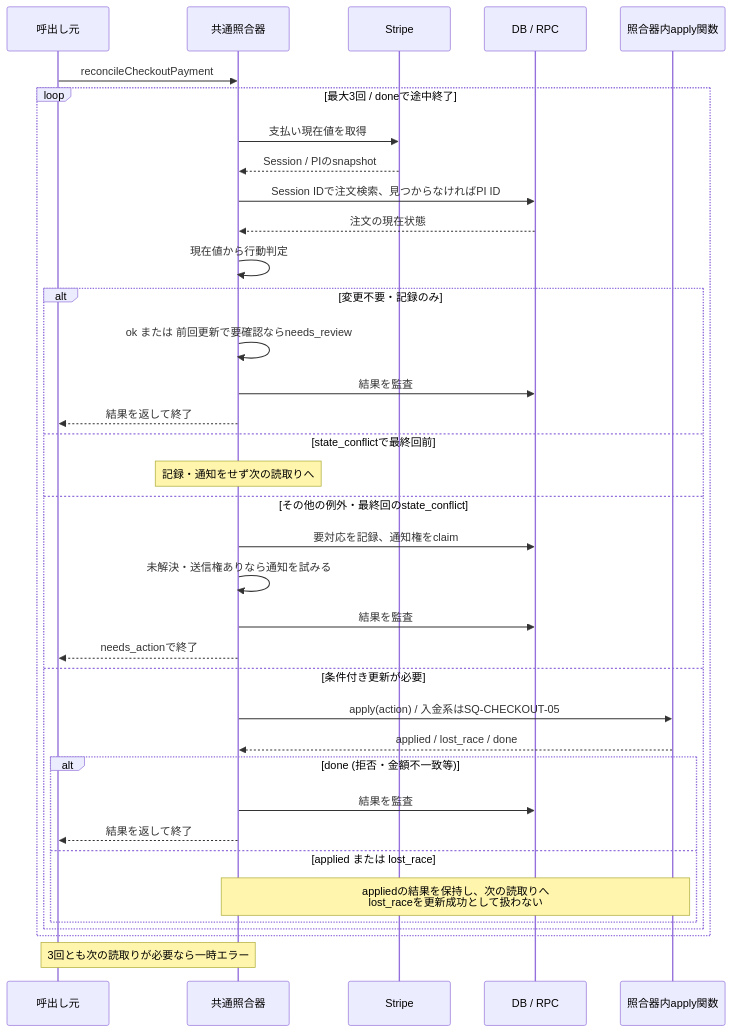
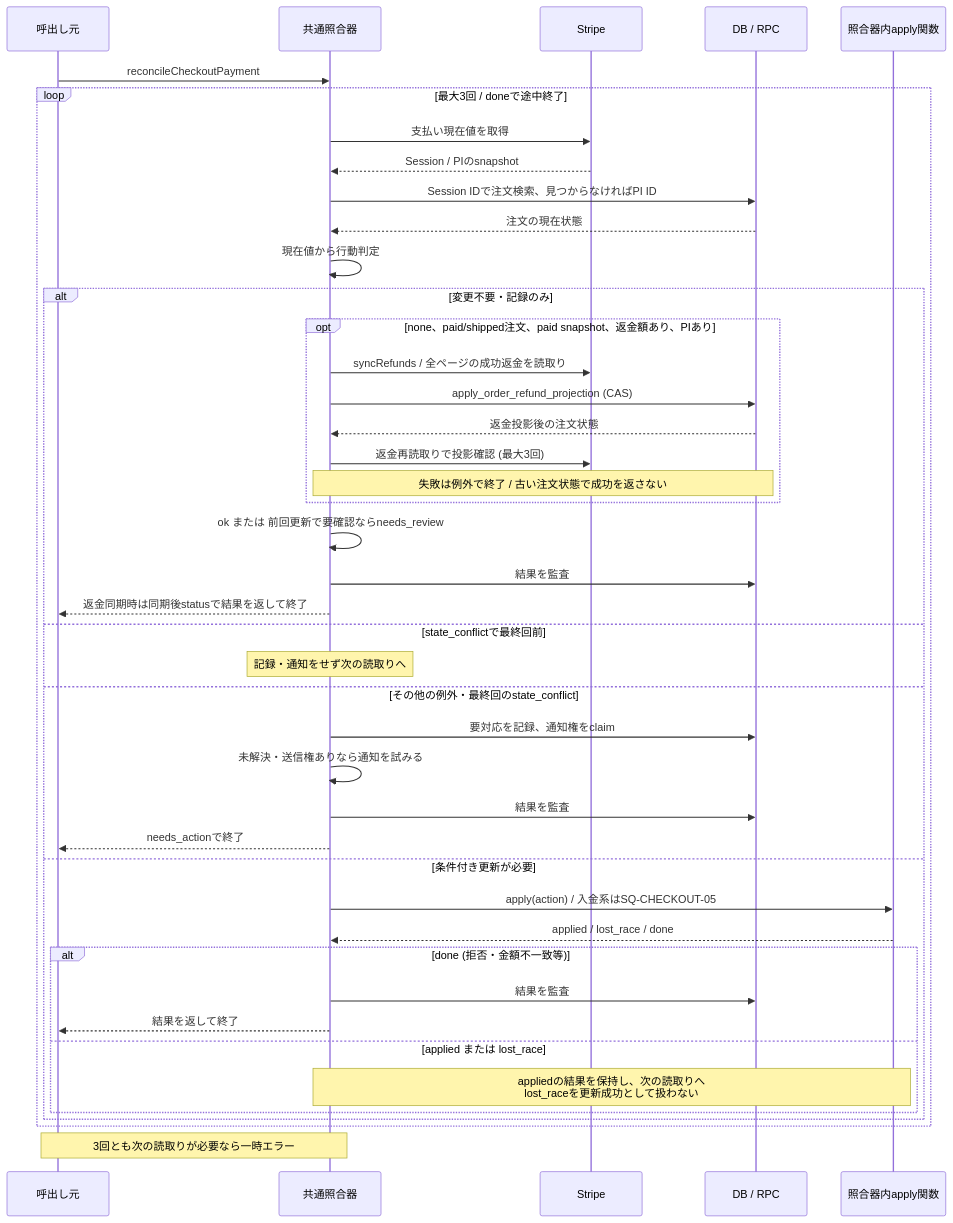
One commit to ChocoWork/o_official changed the fourth of 5 diagrams in docs/04_DetailDesign/sequence/checkout-payment.md. Above: the diagram before and after it, drawn with Mermaid. The commit also changed other lines of this file and 19 other files, not shown here.

````diff
--- a/docs/04_DetailDesign/sequence/checkout-payment.md
+++ b/docs/04_DetailDesign/sequence/checkout-payment.md
@@ -180,38 +180,45 @@
 ```mermaid
 sequenceDiagram
     participant Caller as 呼出し元
     participant C as 共通照合器
     participant Stripe as Stripe
     participant DB as DB / RPC
     participant Apply as 照合器内apply関数
     Caller->>C: reconcileCheckoutPayment
     loop 最大3回 / doneで途中終了
         C->>Stripe: 支払い現在値を取得
         Stripe-->>C: Session / PIのsnapshot
         C->>DB: Session IDで注文検索、見つからなければPI ID
         DB-->>C: 注文の現在状態
         C->>C: 現在値から行動判定
         alt 変更不要・記録のみ
+            opt none、paid/shipped注文、paid snapshot、返金額あり、PIあり
+                C->>Stripe: syncRefunds / 全ページの成功返金を読取り
+                C->>DB: apply_order_refund_projection (CAS)
+                DB-->>C: 返金投影後の注文状態
+                C->>Stripe: 返金再読取りで投影確認 (最大3回)
+                Note over C,DB: 失敗は例外で終了 / 古い注文状態で成功を返さない
+            end
             C->>C: ok または 前回更新で要確認ならneeds_review
             C->>DB: 結果を監査
-            C-->>Caller: 結果を返して終了
+            C-->>Caller: 返金同期時は同期後statusで結果を返して終了
         else state_conflictで最終回前
             Note over C: 記録・通知をせず次の読取りへ
         else その他の例外・最終回のstate_conflict
             C->>DB: 要対応を記録、通知権をclaim
             C->>C: 未解決・送信権ありなら通知を試みる
             C->>DB: 結果を監査
             C-->>Caller: needs_actionで終了
         else 条件付き更新が必要
             C->>Apply: apply(action) / 入金系はSQ-CHECKOUT-05
             Apply-->>C: applied / lost_race / done
             alt done (拒否・金額不一致等)
                 C->>DB: 結果を監査
                 C-->>Caller: 結果を返して終了
             else applied または lost_race
                 Note over C,Apply: appliedの結果を保持し、次の読取りへ<br/>lost_raceを更新成功として扱わない
             end
         end
     end
     Note over C,Caller: 3回とも次の読取りが必要なら一時エラー
 ```
````
